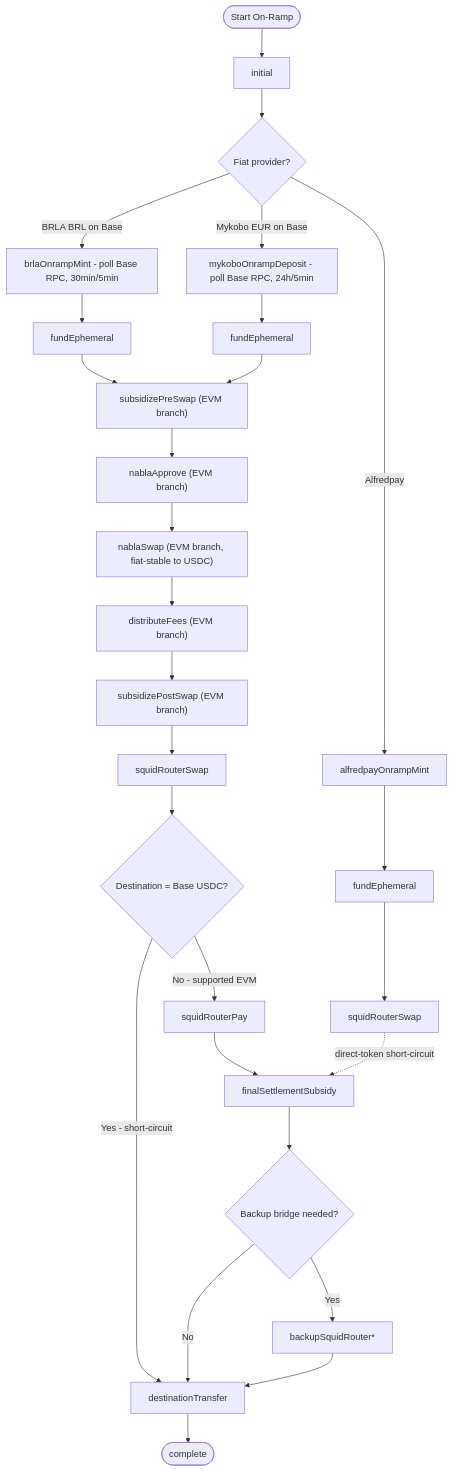
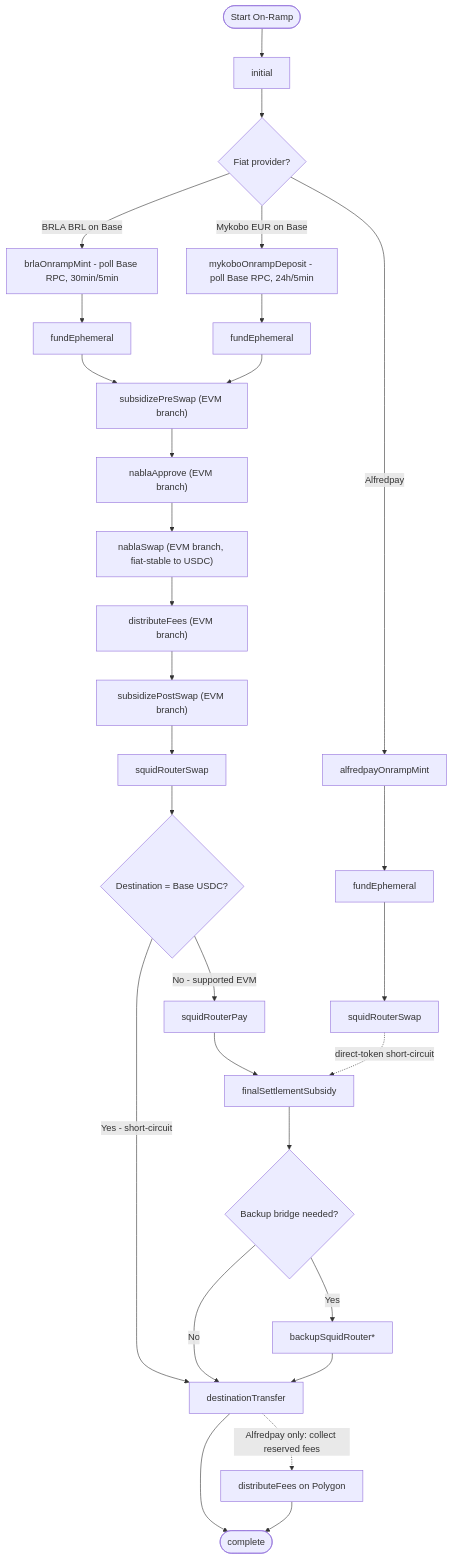
One commit to pendulum-chain/vortex changed the first of 2 diagrams in docs/security-spec/03-ramp-engine/ramp-phase-flows.md. Above: the diagram before and after it, drawn with Mermaid. The commit also changed other lines of this file and 7 other files, not shown here.

````diff
--- a/docs/security-spec/03-ramp-engine/ramp-phase-flows.md
+++ b/docs/security-spec/03-ramp-engine/ramp-phase-flows.md
@@ -86,41 +86,43 @@
 ```mermaid
 graph TD
     Start([Start On-Ramp]) --> Init[initial]
     Init --> Provider{Fiat provider?}
 
     %% --- Per-corridor fiat-watch entry phases ---
     Provider -->|BRLA BRL on Base| BrlaMint[brlaOnrampMint - poll Base RPC, 30min/5min]
     Provider -->|Mykobo EUR on Base| MykMint[mykoboOnrampDeposit - poll Base RPC, 24h/5min]
     Provider -->|Alfredpay| AfMint[alfredpayOnrampMint]
 
     %% --- Both BRL and EUR fund the Base ephemeral with ETH gas before swap ---
     BrlaMint --> BrlaFund[fundEphemeral]
     MykMint --> MykFund[fundEphemeral]
     BrlaFund --> SubPreEvm
     MykFund --> SubPreEvm
 
     %% --- Shared Base-EVM swap chain (BRL + EUR) ---
     SubPreEvm["subsidizePreSwap (EVM branch)"] --> ApproveEvm["nablaApprove (EVM branch)"]
     ApproveEvm --> SwapEvm["nablaSwap (EVM branch, fiat-stable to USDC)"]
     SwapEvm --> DistEvm["distributeFees (EVM branch)"]
     DistEvm --> SubPostEvm["subsidizePostSwap (EVM branch)"]
     SubPostEvm --> SquidSwap[squidRouterSwap]
 
     %% --- Destination routing (shared) ---
     SquidSwap --> Dest{Destination = Base USDC?}
     Dest -->|Yes - short-circuit| DestTransfer[destinationTransfer]
     Dest -->|No - supported EVM| SquidPay[squidRouterPay]
     SquidPay --> FinalSubsidy[finalSettlementSubsidy]
     FinalSubsidy --> Backup{Backup bridge needed?}
     Backup -->|Yes| BackupSquid[backupSquidRouter*]
     Backup -->|No| DestTransfer
     BackupSquid --> DestTransfer
 
     %% --- Alfredpay branch: direct-token Polygon case short-circuits the swap, then final settlement subsidy runs before destinationTransfer ---
     AfMint --> AfFund[fundEphemeral]
     AfFund --> AfSquidSwap[squidRouterSwap]
     AfSquidSwap -.direct-token short-circuit.-> FinalSubsidy
 
     %% --- Terminal ---
     DestTransfer --> Complete([complete])
+    DestTransfer -.Alfredpay only: collect reserved fees.-> AfDist[distributeFees on Polygon]
+    AfDist --> Complete
 ```
````
